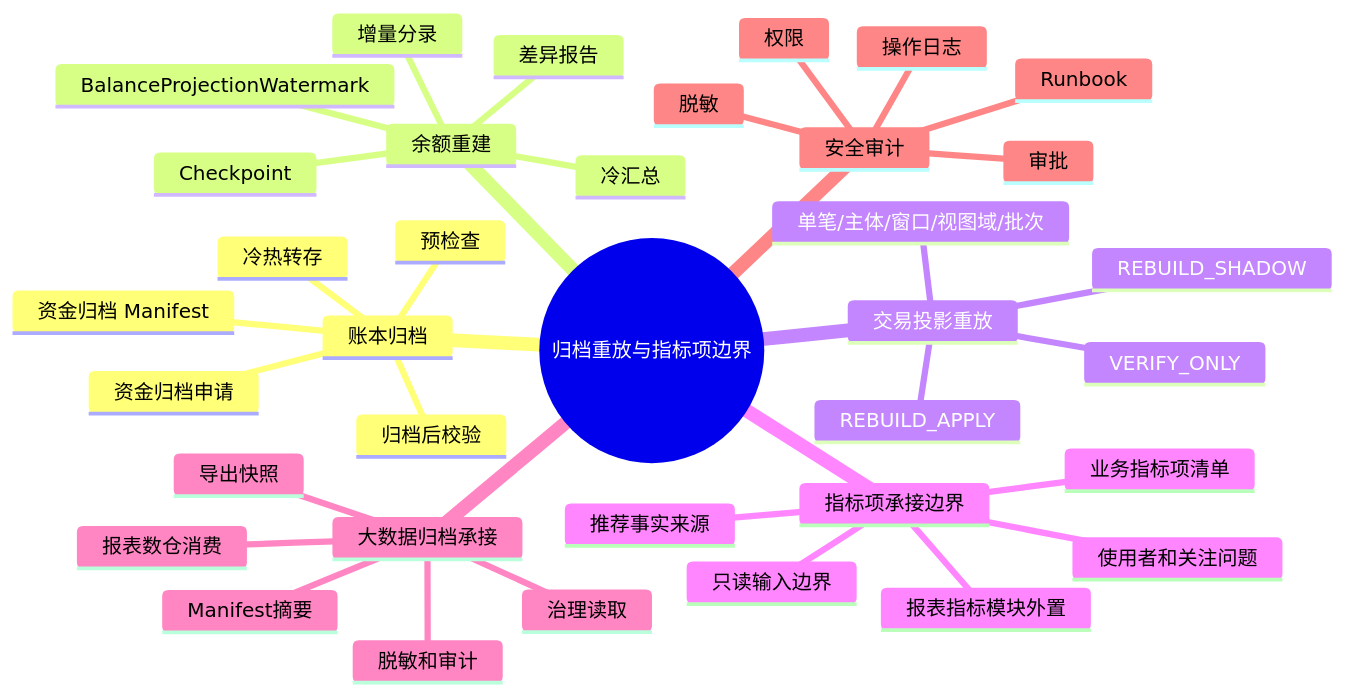
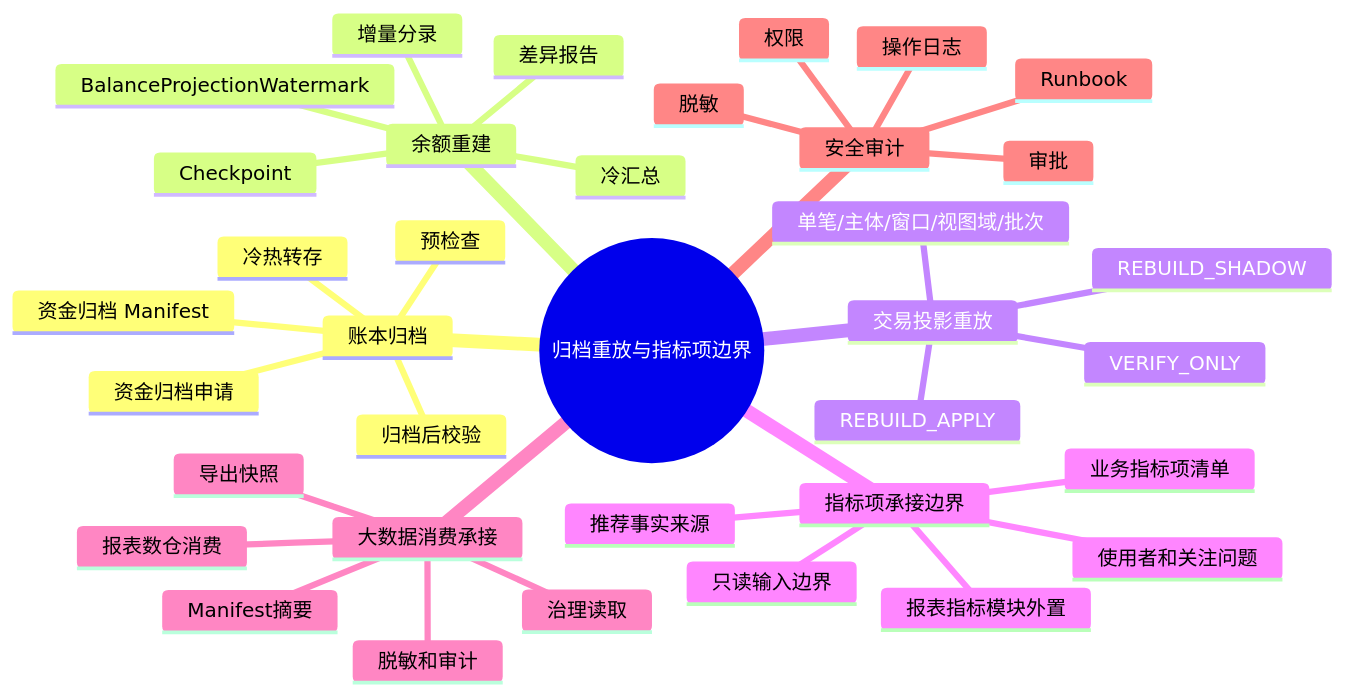
The second of 7 diagrams in docs/系分设计/04-归档重放与指标治理系分设计.md (fengwuxp/wind-funds), drawn with Mermaid before and after one commit. The commit also changed other lines of this file and 39 other files, not shown here.

````diff
--- a/docs/系分设计/04-归档重放与指标治理系分设计.md
+++ b/docs/系分设计/04-归档重放与指标治理系分设计.md
@@ -202,39 +202,39 @@
 ```mermaid
 mindmap
   root((归档重放与指标项边界))
     账本归档
       资金归档申请
       预检查
       资金归档 Manifest
       冷热转存
       归档后校验
     余额重建
       BalanceProjectionWatermark
       Checkpoint
       冷汇总
       增量分录
       差异报告
     交易投影重放
       VERIFY_ONLY
       REBUILD_SHADOW
       REBUILD_APPLY
       单笔/主体/窗口/视图域/批次
     指标项承接边界
       业务指标项清单
       使用者和关注问题
       推荐事实来源
       只读输入边界
       报表指标模块外置
-    大数据归档承接
+    大数据消费承接
       治理读取
       导出快照
       Manifest摘要
       脱敏和审计
       报表数仓消费
     安全审计
       权限
       审批
       脱敏
       操作日志
       Runbook
 ```
````
